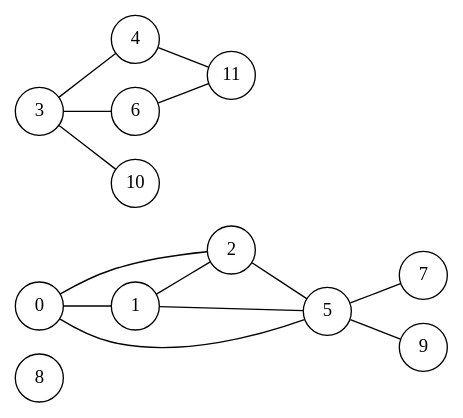
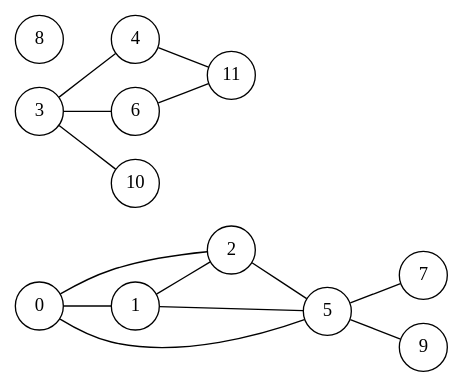
One commit to datkumar/code-journal changed the diagram in public/diagrams/graphviz/_codes/001.dot. Above: the diagram before and after it, drawn with Graphviz. The commit also changed 117 other files, not shown here.

```diff
--- a/public/diagrams/graphviz/_codes/001.dot
+++ b/public/diagrams/graphviz/_codes/001.dot
@@ -1,43 +1,40 @@
 graph {
     rankdir = LR;
     node [shape = circle; width = 0.5; height = 0.5; fixedsize = true;];
     
-    // Nodes separated into subgraphs:
-    
-    subgraph {
-        8;
-    }
-    
+    // Nodes separated into subgraphs (connected components):    
     subgraph {
         0;
         1;
         2;
         5;
         7;
         9;
     }
-    
     subgraph {
         3;
         4;
         6;
         9;
         10;
         11;
     }
-    
+    subgraph {
+        8;
+    }
+
     // Edges:
     0 -- 1;
     0 -- 2;
     0 -- 5;
     1 -- 2;
     1 -- 5;
     2 -- 5;
     3 -- 4;
     3 -- 6;
     3 -- 10;
     4 -- 11;
     5 -- 7;
     5 -- 9;
     6 -- 11;
 }
```
